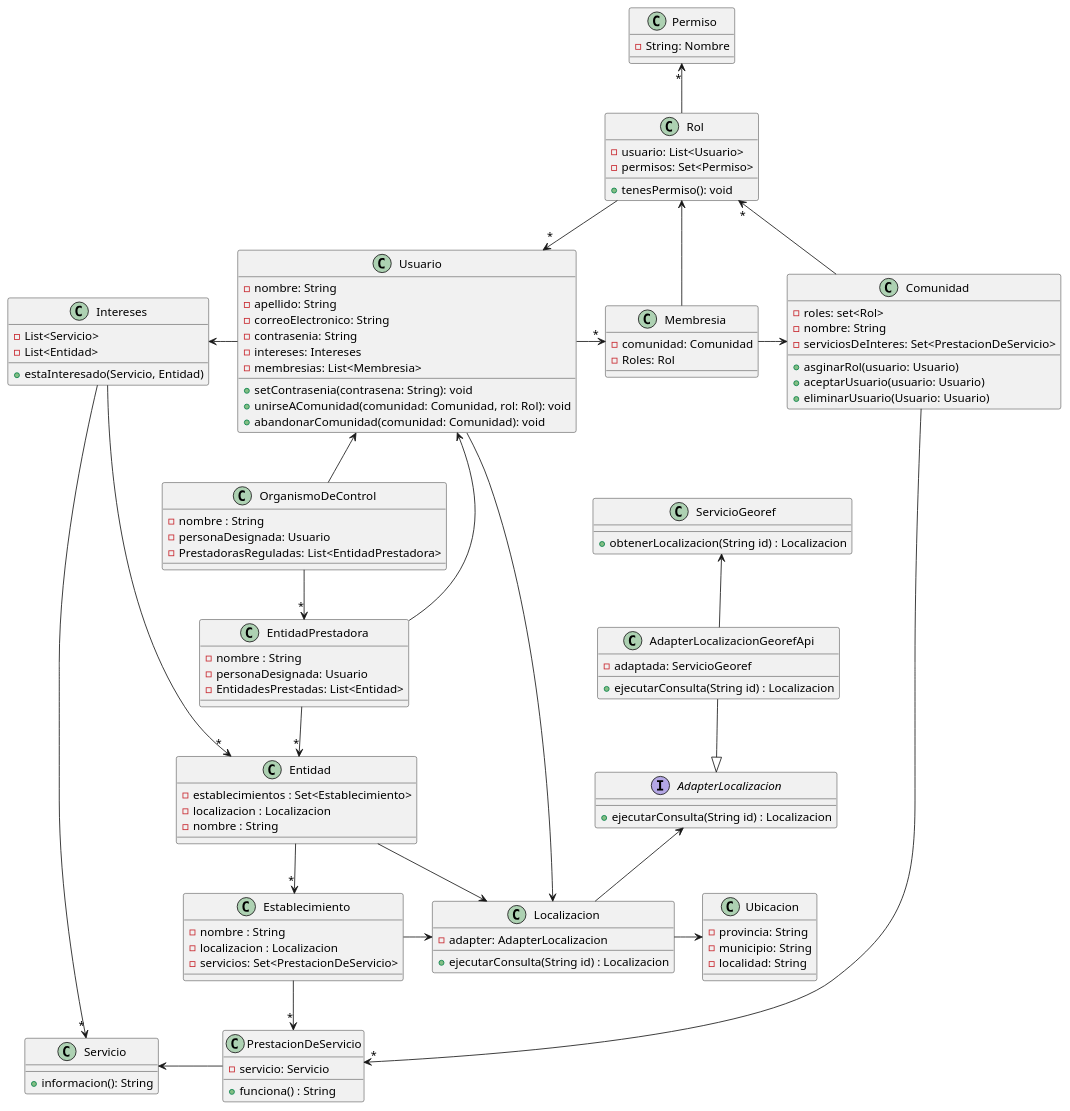
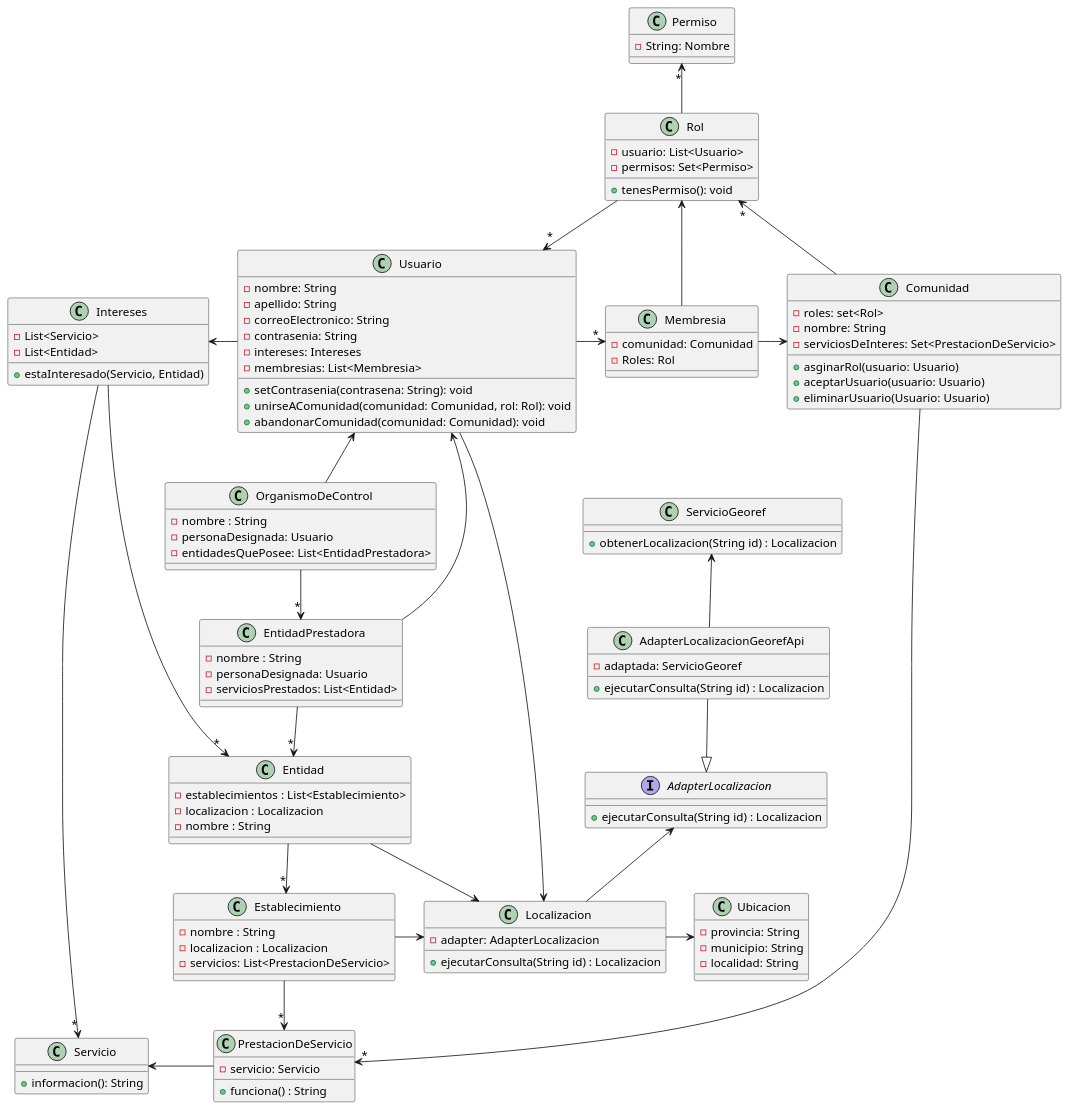
Before and after one commit to AndyTrias/comunidades-apoyo-movilidad-reducida-: the diagram in Entregables/DiagramaDeClases.wsd, drawn with PlantUML. The commit also changed other lines of this file and 2 other files, not shown here.

Commit message:
estaban mal las decisiones y el diagrama

```diff
--- a/Entregables/DiagramaDeClases.wsd
+++ b/Entregables/DiagramaDeClases.wsd
@@ -91,195 +1,192 @@
 @startuml
 
 
 Class PrestacionDeServicio {    
     - servicio: Servicio
     + funciona() : String
 }
 
 
 Class Servicio {
     + informacion(): String
 }
 
 
 class Rol{
     -usuario: List<Usuario>
     -permisos: Set<Permiso>
 
     +tenesPermiso(): void
 }
 
 
 
 
 class Permiso{
  - String: Nombre
 
 }
 
 
 class Comunidad {
     -roles: set<Rol>
     -nombre: String
     -serviciosDeInteres: Set<PrestacionDeServicio>
 
 
     +asginarRol(usuario: Usuario)
     +aceptarUsuario(usuario: Usuario)
     +eliminarUsuario(Usuario: Usuario)
 }
 
 
 
 class Usuario{
     -nombre: String
     -apellido: String
     -correoElectronico: String
     -contrasenia: String
     -intereses: Intereses
     - membresias: List<Membresia>
 
 
 
 
     +setContrasenia(contrasena: String): void
     +unirseAComunidad(comunidad: Comunidad, rol: Rol): void
     +abandonarComunidad(comunidad: Comunidad): void
 }
 
 
 
 
 Class Entidad {
-    - establecimientos : Set<Establecimiento>
+    - establecimientos : List<Establecimiento>
     - localizacion : Localizacion
     - nombre : String
 }
 
 
 
 
 Class Establecimiento {
     - nombre : String
     - localizacion : Localizacion
-    - servicios: Set<PrestacionDeServicio>
+    - servicios: List<PrestacionDeServicio>
 }
 
 
 
 
 Class Membresia {
     - comunidad: Comunidad
     - Roles: Rol
 }
 
 
 
 
 Class Localizacion {
     - adapter: AdapterLocalizacion
 
     + ejecutarConsulta(String id) : Localizacion
 }
 
 
 
 
 Interface AdapterLocalizacion {
     + ejecutarConsulta(String id) : Localizacion
 }
 
 
 
 
 Class AdapterLocalizacionGeorefApi {
     - adaptada: ServicioGeoref
 
 
 
 
     + ejecutarConsulta(String id) : Localizacion
 }
 
 
 
 
 Class ServicioGeoref {
     + obtenerLocalizacion(String id) : Localizacion
 }
 
 
 
 
 Class Intereses {
     - List<Servicio>
     - List<Entidad>
 
 
 
 
     + estaInteresado(Servicio, Entidad)
 }
 
 
 Class EntidadPrestadora {
     - nombre : String    
     - personaDesignada: Usuario
-    - EntidadesPrestadas: List<Entidad>
+    - serviciosPrestados: List<Entidad>
 }
 
 
 Class OrganismoDeControl {
     - nombre : String    
     - personaDesignada: Usuario
-    - PrestadorasReguladas: List<EntidadPrestadora>
+    - entidadesQuePosee: List<EntidadPrestadora>
 }
 
 class Ubicacion {
 - provincia: String
 - municipio: String
 - localidad: String
 }
 
 Usuario -> Localizacion 
 Entidad -> Localizacion
 
 
 EntidadPrestadora --> "*" Entidad
 OrganismoDeControl --> "*" EntidadPrestadora
 
 
 Servicio <- PrestacionDeServicio
 Comunidad -> "*" PrestacionDeServicio
 Entidad --> "*" Establecimiento
 Intereses --> "*" Entidad
 Intereses --> "*" Servicio 
 Establecimiento --> "*" PrestacionDeServicio
 Establecimiento -> Localizacion
 Localizacion -> Ubicacion
 
 
 Usuario <-- EntidadPrestadora
 Usuario <-- OrganismoDeControl
 Rol --> "*" Usuario
 Permiso "*" <-- Rol
 Rol "*" <- Comunidad
 Usuario -> "*" Membresia
 Membresia -> Comunidad
 Rol <-- Membresia
 Intereses <- Usuario
 
 
 
 
 AdapterLocalizacion <-- Localizacion
 AdapterLocalizacionGeorefApi --|> AdapterLocalizacion
 ServicioGeoref <-- AdapterLocalizacionGeorefApi
 
 
 
 
-
-
-
 @enduml
```
